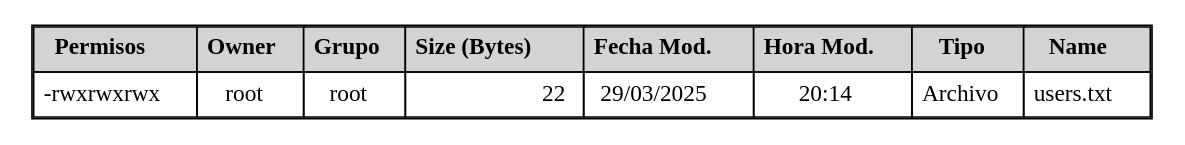
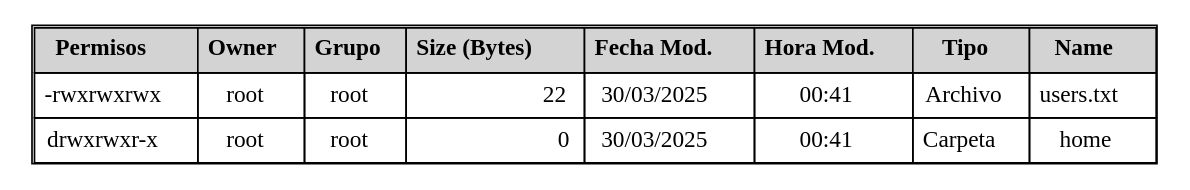
Before and after one commit to Ennero/MIA_1S2025_P1_202302220: the diagram in backend/output/report_ls.dot, drawn with Graphviz. The commit also changed 23 other files, not shown here.

```diff
--- a/backend/output/report_ls.dot
+++ b/backend/output/report_ls.dot
@@ -1,28 +1,38 @@
 digraph G {
 	node [shape=none];
 	graph [splines=false];
 	ls_report [label=<
 		<TABLE BORDER="1" CELLBORDER="1" CELLSPACING="0" CELLPADDING="5">
 		<TR>
 			<TD BGCOLOR="lightgrey"><B>Permisos</B></TD>
 			<TD BGCOLOR="lightgrey"><B>Owner</B></TD>
 			<TD BGCOLOR="lightgrey"><B>Grupo</B></TD>
 			<TD BGCOLOR="lightgrey"><B>Size (Bytes)</B></TD>
 			<TD BGCOLOR="lightgrey"><B>Fecha Mod.</B></TD>
 			<TD BGCOLOR="lightgrey"><B>Hora Mod.</B></TD>
 			<TD BGCOLOR="lightgrey"><B>Tipo</B></TD>
 			<TD BGCOLOR="lightgrey"><B>Name</B></TD>
 		</TR>
 		<TR>
 			<TD>-rwxrwxrwx</TD>
 			<TD>root</TD>
 			<TD>root</TD>
 			<TD ALIGN="RIGHT">22</TD>
-			<TD>29/03/2025</TD>
-			<TD>20:14</TD>
+			<TD>30/03/2025</TD>
+			<TD>00:41</TD>
 			<TD>Archivo</TD>
 			<TD>users.txt</TD>
+		</TR>
+		<TR>
+			<TD>drwxrwxr-x</TD>
+			<TD>root</TD>
+			<TD>root</TD>
+			<TD ALIGN="RIGHT">0</TD>
+			<TD>30/03/2025</TD>
+			<TD>00:41</TD>
+			<TD>Carpeta</TD>
+			<TD>home</TD>
 		</TR>
 		</TABLE>
 	>];
 }
```
